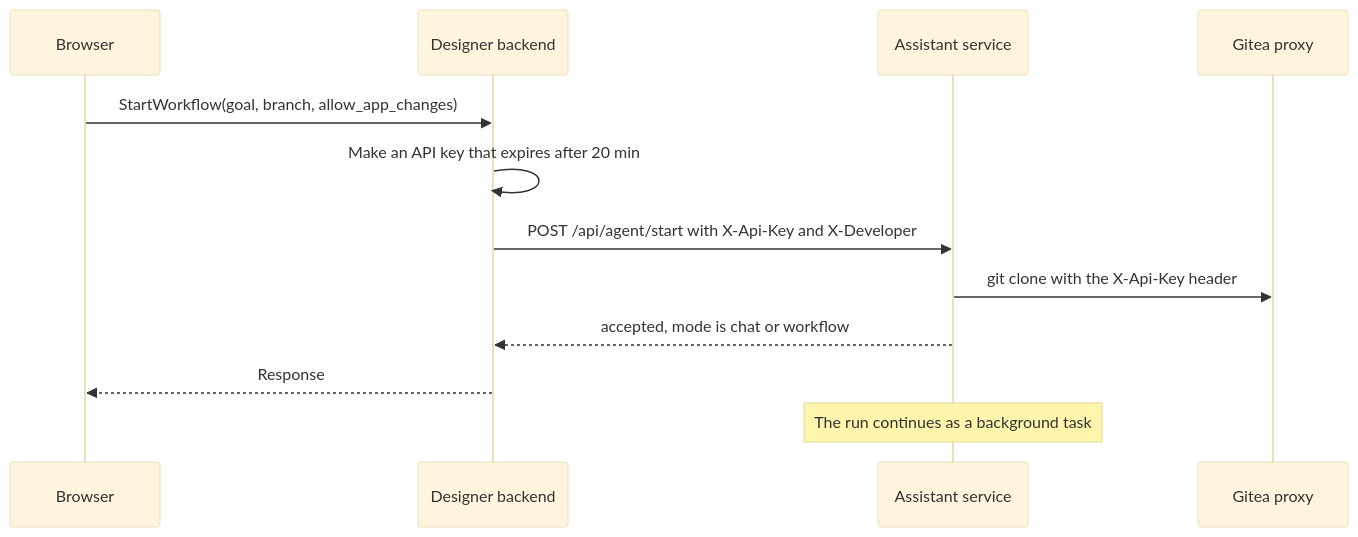
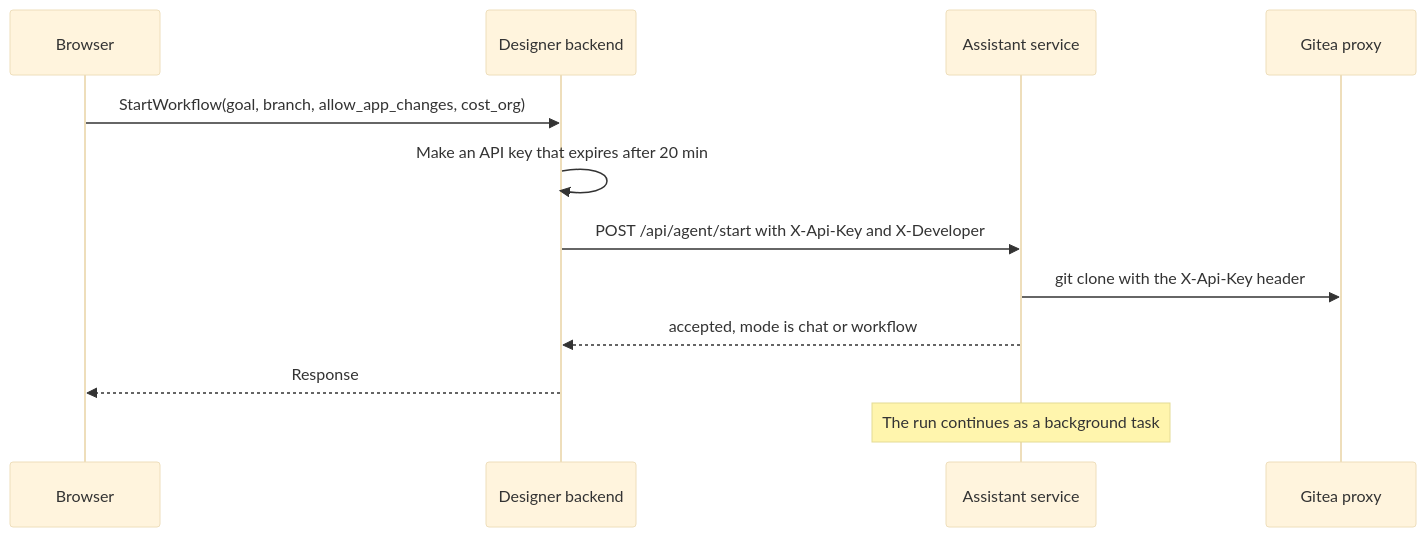
The fourth of 10 diagrams in src/AI/assistant/docs/2-system-context.md (Altinn/altinn-studio), drawn with Mermaid (base theme) before and after one commit. The commit also changed other lines of this file and 43 other files, not shown here.

````diff
--- a/src/AI/assistant/docs/2-system-context.md
+++ b/src/AI/assistant/docs/2-system-context.md
@@ -59,14 +61,14 @@
 ```mermaid
 sequenceDiagram
   participant B as Browser
   participant D as Designer backend
   participant A as Assistant service
   participant G as Gitea proxy
-  B->>D: StartWorkflow(goal, branch, allow_app_changes)
+  B->>D: StartWorkflow(goal, branch, allow_app_changes, cost_org)
   D->>D: Make an API key that expires after 20 min
   D->>A: POST /api/agent/start with X-Api-Key and X-Developer
   A->>G: git clone with the X-Api-Key header
   A-->>D: accepted, mode is chat or workflow
   D-->>B: Response
   Note over A: The run continues as a background task
 ```
````
